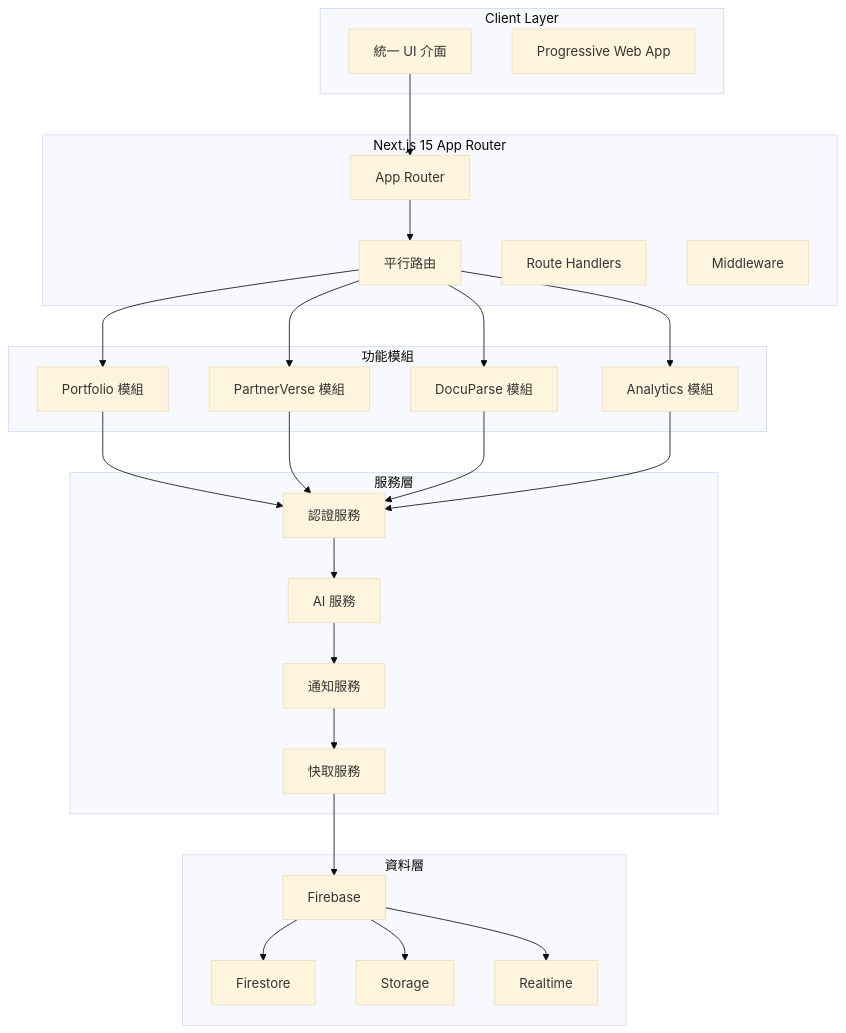
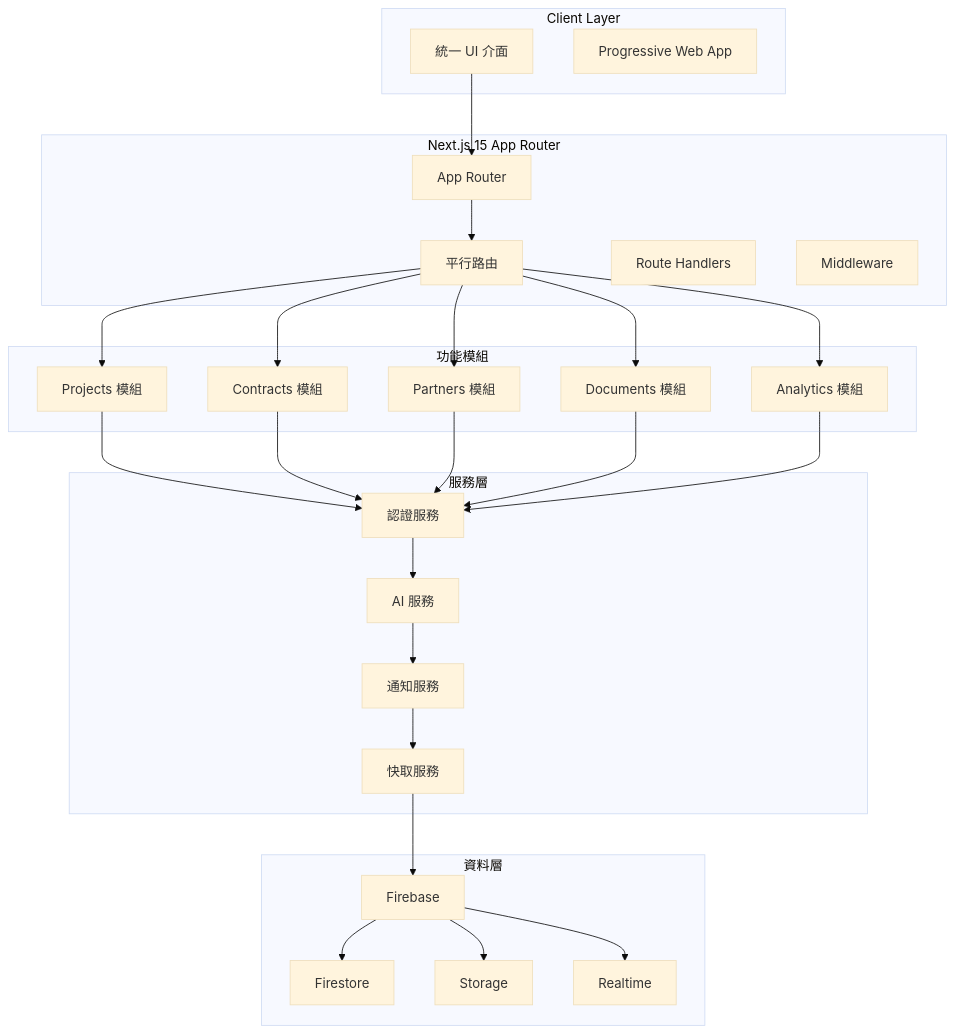
The first of 7 diagrams in .kiro/specs/project-integration/design.md (ac484/ng-beta), drawn with Mermaid (base theme) before and after one commit. The commit also changed other lines of this file and 15 other files, not shown here.

````diff
--- a/.kiro/specs/project-integration/design.md
+++ b/.kiro/specs/project-integration/design.md
@@ -11,56 +11,59 @@
 ```mermaid
 graph TB
     subgraph "Client Layer"
         UI[統一 UI 介面]
         PWA[Progressive Web App]
     end
     
     subgraph "Next.js 15 App Router"
         AR[App Router]
         PR[平行路由]
         RH[Route Handlers]
         MW[Middleware]
     end
     
     subgraph "功能模組"
-        PM[Portfolio 模組]
-        PV[PartnerVerse 模組]
-        DP[DocuParse 模組]
+        PM[Projects 模組]
+        CM[Contracts 模組]
+        PV[Partners 模組]
+        DP[Documents 模組]
         AN[Analytics 模組]
     end
     
     subgraph "服務層"
         AS[認證服務]
         AIS[AI 服務]
         NS[通知服務]
         CS[快取服務]
     end
     
     subgraph "資料層"
         FB[Firebase]
         FS[Firestore]
         ST[Storage]
         RT[Realtime]
     end
     
     UI --> AR
     AR --> PR
     PR --> PM
+    PR --> CM
     PR --> PV
     PR --> DP
     PR --> AN
     
     PM --> AS
+    CM --> AS
     PV --> AS
     DP --> AS
     AN --> AS
     
     AS --> AIS
     AIS --> NS
     NS --> CS
     
     CS --> FB
     FB --> FS
     FB --> ST
     FB --> RT
 ```
````
